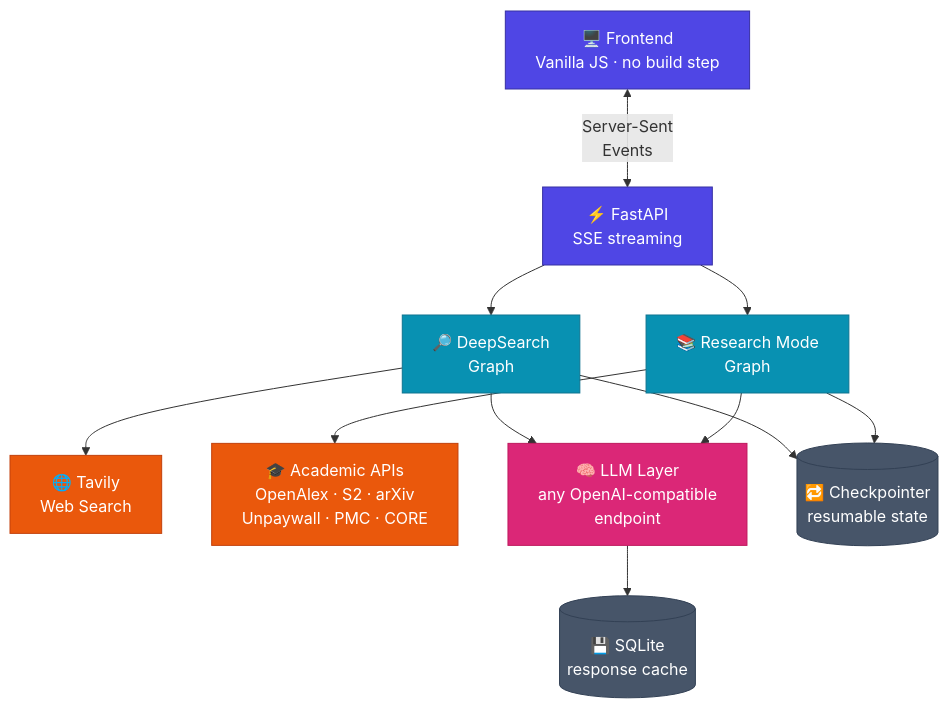
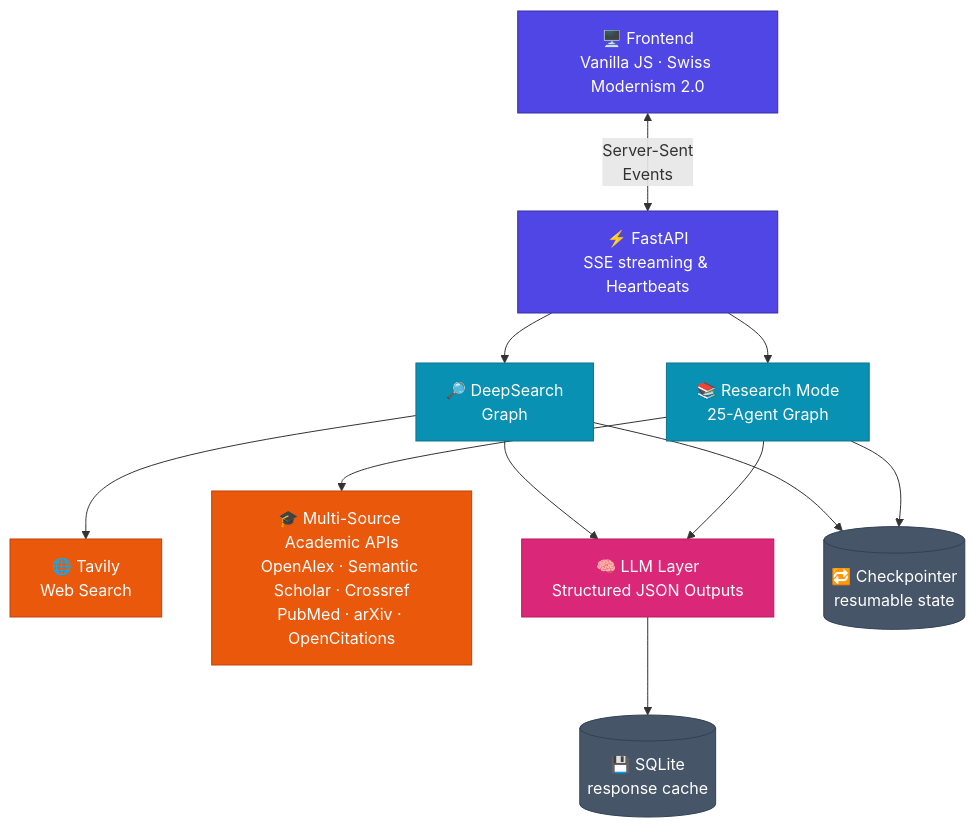
Before and after one commit to Aryan-Pardeshi/DeepResearch_AI: the first of 2 diagrams in README.md, drawn with Mermaid. The commit also changed other lines of this file and 36 other files, not shown here.

````diff
--- a/README.md
+++ b/README.md
@@ -28,30 +30,30 @@
 ```mermaid
 flowchart TB
-    UI["🖥️ Frontend<br/>Vanilla JS · no build step"]
-    API["⚡ FastAPI<br/>SSE streaming"]
+    UI["🖥️ Frontend<br/>Vanilla JS · Swiss Modernism 2.0"]
+    API["⚡ FastAPI<br/>SSE streaming & Heartbeats"]
 
     UI <-->|"Server-Sent<br/>Events"| API
 
     API --> DS["🔎 DeepSearch<br/>Graph"]
-    API --> RM["📚 Research Mode<br/>Graph"]
+    API --> RM["📚 Research Mode<br/>25-Agent Graph"]
 
     DS --> TAV["🌐 Tavily<br/>Web Search"]
-    RM --> ACAD["🎓 Academic APIs<br/>OpenAlex · S2 · arXiv<br/>Unpaywall · PMC · CORE"]
+    RM --> ACAD["🎓 Multi-Source Academic APIs<br/>OpenAlex · Semantic Scholar · Crossref<br/>PubMed · arXiv · OpenCitations"]
 
-    DS --> LLM["🧠 LLM Layer<br/>any OpenAI-compatible<br/>endpoint"]
+    DS --> LLM["🧠 LLM Layer<br/>Structured JSON Outputs"]
     RM --> LLM
     LLM --> CACHE[("💾 SQLite<br/>response cache")]
 
     DS --> CP[("🔁 Checkpointer<br/>resumable state")]
     RM --> CP
 
     style UI fill:#4f46e5,stroke:#3730a3,color:#fff
     style API fill:#4f46e5,stroke:#3730a3,color:#fff
     style DS fill:#0891b2,stroke:#0e7490,color:#fff
     style RM fill:#0891b2,stroke:#0e7490,color:#fff
     style TAV fill:#ea580c,stroke:#c2410c,color:#fff
     style ACAD fill:#ea580c,stroke:#c2410c,color:#fff
     style LLM fill:#db2777,stroke:#be185d,color:#fff
     style CACHE fill:#475569,stroke:#334155,color:#fff
     style CP fill:#475569,stroke:#334155,color:#fff
 ```
````
